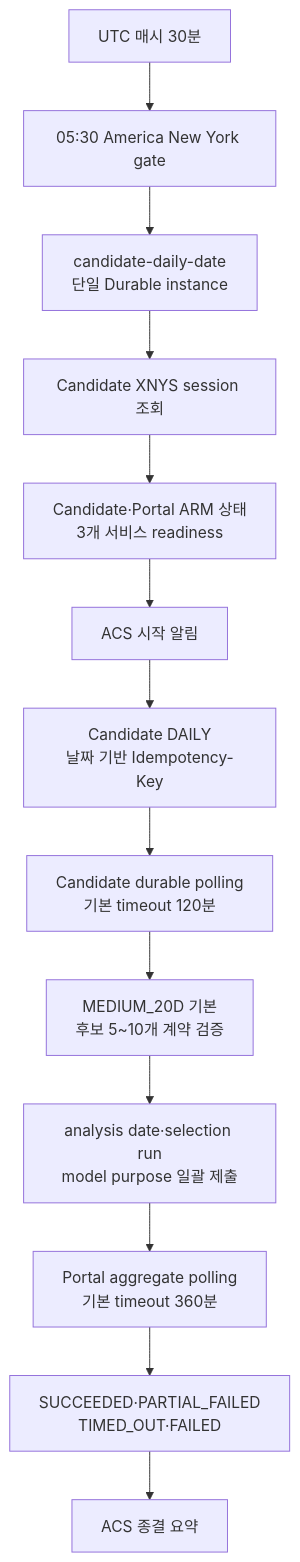
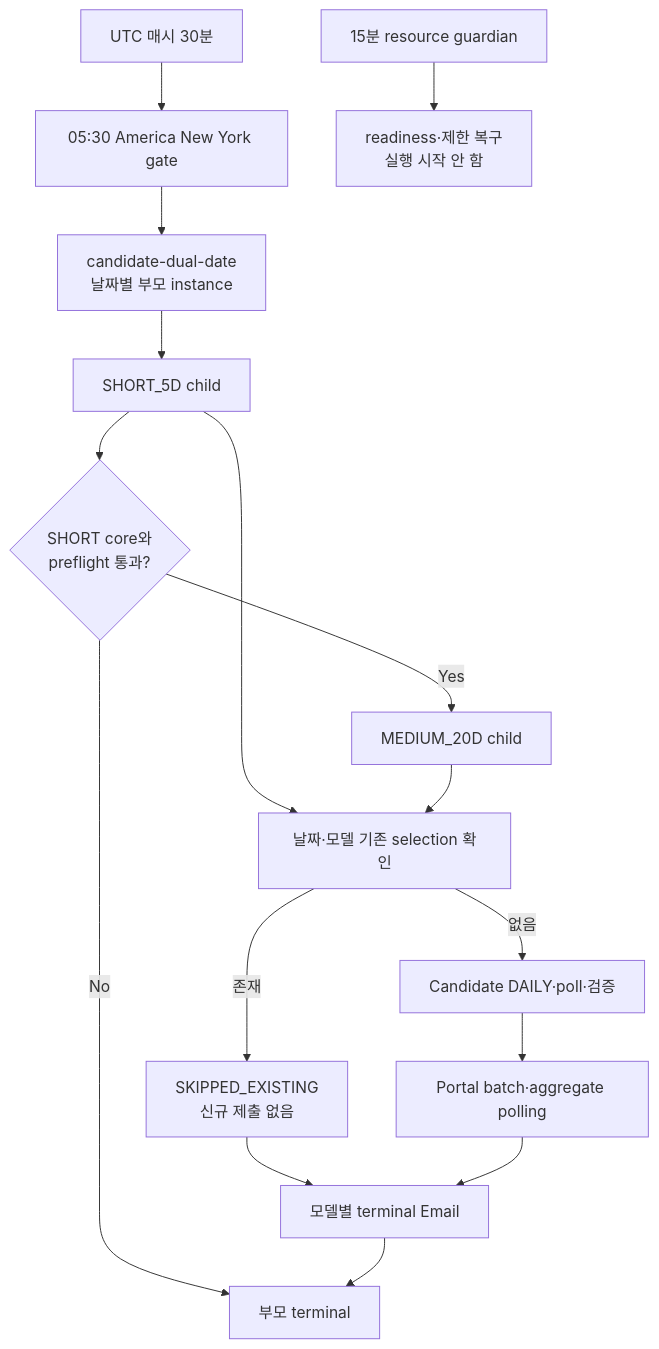
One commit to brjeong-private/sp500-candidate-engine changed the second of 5 diagrams in README.md. Above: the diagram before and after it, drawn with Mermaid. The commit also changed other lines of this file and 21 other files, not shown here.

Commit message:
feat(orchestrator): run daily dual-model pipeline

````diff
--- a/README.md
+++ b/README.md
@@ -167,15 +178,18 @@
 ```mermaid
 flowchart TD
     Timer["UTC 매시 30분"] --> LocalGate["05:30 America New York gate"]
-    LocalGate --> Instance["candidate-daily-date<br/>단일 Durable instance"]
-    Instance --> Session["Candidate XNYS session 조회"]
-    Session --> Preflight["Candidate·Portal ARM 상태<br/>3개 서비스 readiness"]
-    Preflight --> StartMail["ACS 시작 알림"]
-    StartMail --> Submit["Candidate DAILY<br/>날짜 기반 Idempotency-Key"]
-    Submit --> CandidateWait["Candidate durable polling<br/>기본 timeout 120분"]
-    CandidateWait --> Verify["MEDIUM_20D 기본<br/>후보 5~10개 계약 검증"]
-    Verify --> Portal["analysis date·selection run<br/>model purpose 일괄 제출"]
-    Portal --> PortalWait["Portal aggregate polling<br/>기본 timeout 360분"]
-    PortalWait --> Result["SUCCEEDED·PARTIAL_FAILED<br/>TIMED_OUT·FAILED"]
-    Result --> EndMail["ACS 종결 요약"]
+    LocalGate --> Parent["candidate-dual-date<br/>날짜별 부모 instance"]
+    Parent --> Short["SHORT_5D child"]
+    Short --> MediumGate{"SHORT core와<br/>preflight 통과?"}
+    MediumGate -->|"Yes"| Medium["MEDIUM_20D child"]
+    MediumGate -->|"No"| ParentEnd["부모 terminal"]
+    Short --> Duplicate["날짜·모델 기존 selection 확인"]
+    Medium --> Duplicate
+    Duplicate -->|"존재"| Skip["SKIPPED_EXISTING<br/>신규 제출 없음"]
+    Duplicate -->|"없음"| Candidate["Candidate DAILY·poll·검증"]
+    Candidate --> Portal["Portal batch·aggregate polling"]
+    Skip --> ModelMail["모델별 terminal Email"]
+    Portal --> ModelMail
+    ModelMail --> ParentEnd
+    Guardian["15분 resource guardian"] --> Readiness["readiness·제한 복구<br/>실행 시작 안 함"]
 ```
````
